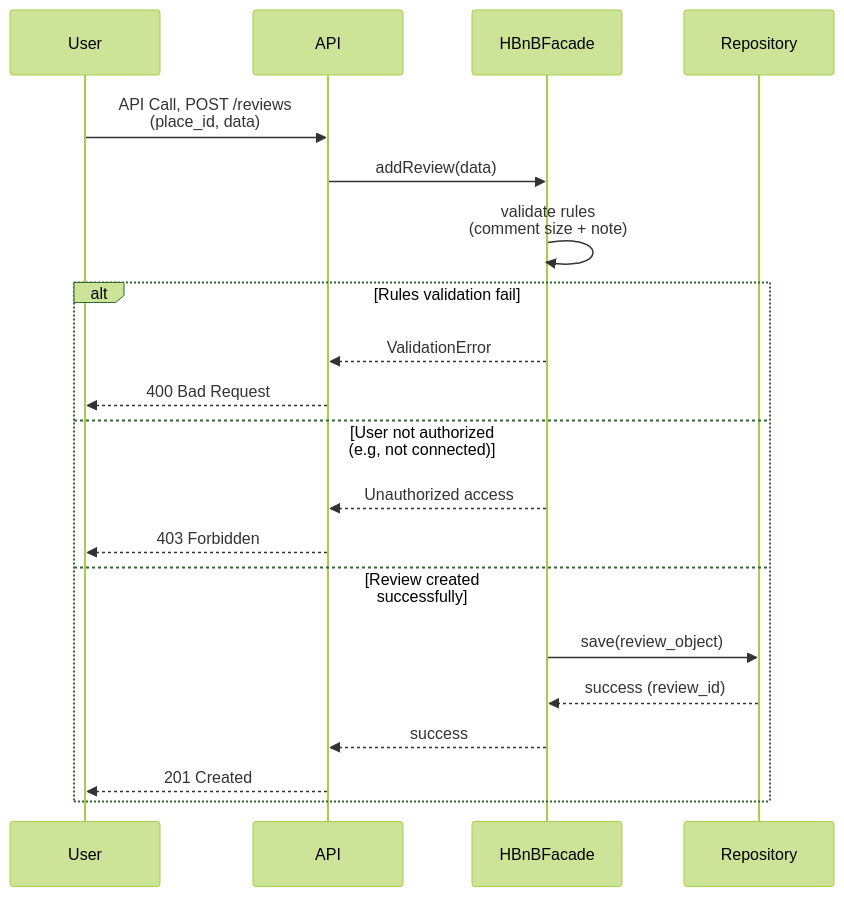
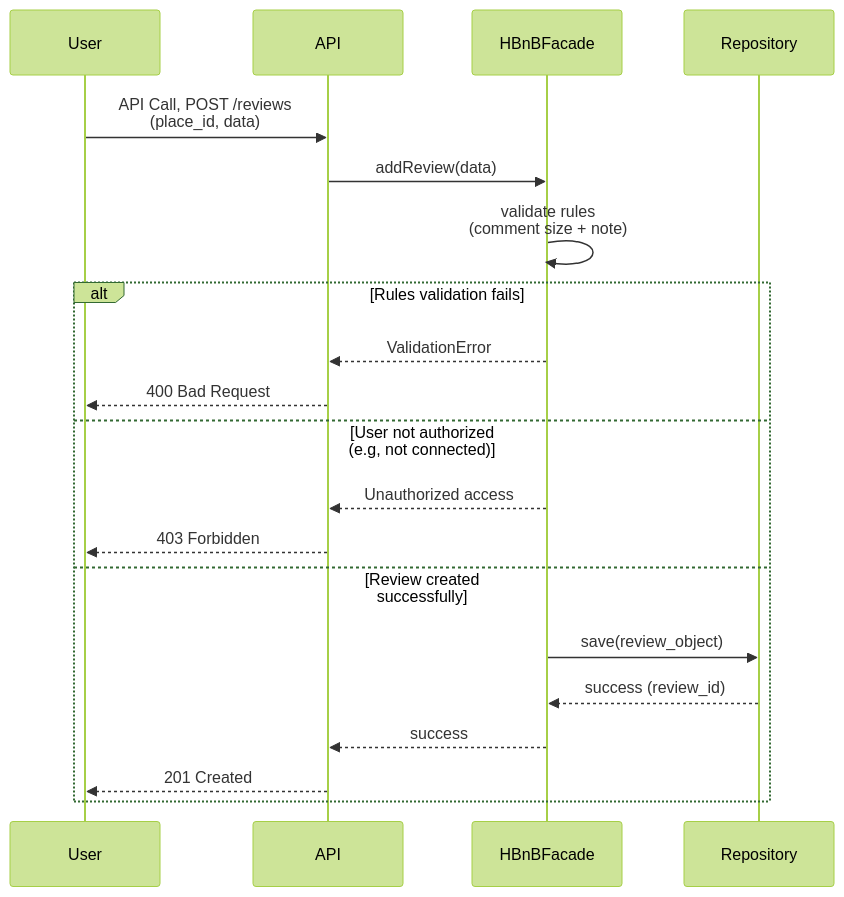
One commit to juliangf94/holbertonschool-hbnb changed the fifth of 6 diagrams in part1/DOCUMENTATION_en.md. Above: the diagram before and after it, drawn with Mermaid (forest theme). The commit also changed other lines of this file and 1 other file, not shown here.

Commit message:
feat: finalized documentation with improved diagram visibility

````diff
--- a/part1/DOCUMENTATION_en.md
+++ b/part1/DOCUMENTATION_en.md
@@ -302,26 +310,26 @@
 ```mermaid
 sequenceDiagram
     participant User
     participant API
     participant HBnBFacade
     participant Repository
 
     User->>API: API Call, POST /reviews<br/>(place_id, data)
     API->>HBnBFacade: addReview(data)
     HBnBFacade->>HBnBFacade: validate rules<br/>(comment size + note)
 
-    alt Rules validation fail
+    alt Rules validation fails
         HBnBFacade-->>API: ValidationError
         API-->>User: 400 Bad Request
     else User not authorized<br/>(e.g, not connected)
         HBnBFacade-->>API: Unauthorized access
         API-->>User: 403 Forbidden
     else Review created successfully
-        %% We validate the data before sendint to Repo
+        %% We validate the data before sending to Repo
         HBnBFacade->>Repository: save(review_object)
         Repository-->>HBnBFacade: success (review_id)
         HBnBFacade-->>API: success
         API-->>User: 201 Created
 
 end
 ```
````
